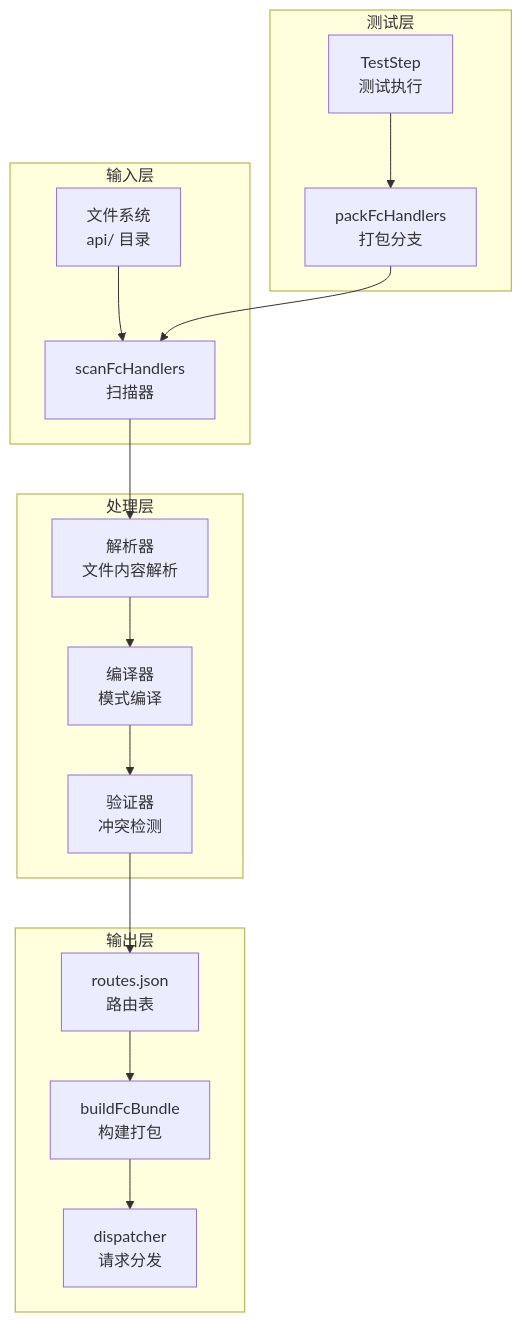
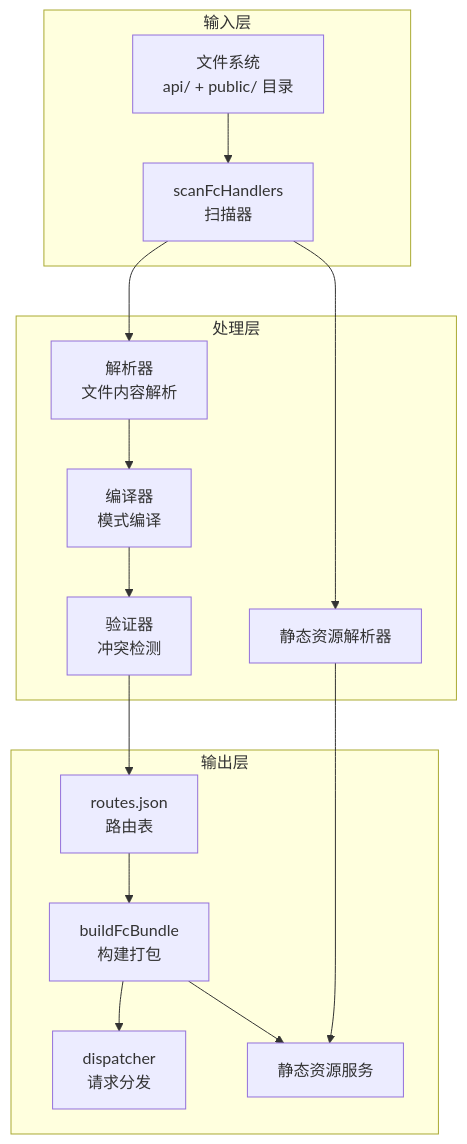
One commit to esa-sp/test-for-aone-ci changed the fourth of 15 diagrams in .qoder/repowiki/zh/content/后端框架测试/无服务器函数处理器测试.md. Above: the diagram before and after it, drawn with Mermaid. The commit also changed other lines of this file and 38 other files, not shown here.

````diff
--- a/.qoder/repowiki/zh/content/后端框架测试/无服务器函数处理器测试.md
+++ b/.qoder/repowiki/zh/content/后端框架测试/无服务器函数处理器测试.md
@@ -149,30 +178,29 @@
 ```mermaid
 graph TB
 subgraph "输入层"
-FS["文件系统<br/>api/ 目录"]
+FS["文件系统<br/>api/ + public/ 目录"]
 Scan["scanFcHandlers<br/>扫描器"]
 end
 subgraph "处理层"
 Parse["解析器<br/>文件内容解析"]
 Compile["编译器<br/>模式编译"]
 Validate["验证器<br/>冲突检测"]
+StaticParser["静态资源解析器"]
 end
 subgraph "输出层"
 Routes["routes.json<br/>路由表"]
 Build["buildFcBundle<br/>构建打包"]
 Dispatch["dispatcher<br/>请求分发"]
+StaticServe["静态资源服务"]
 end
 FS --> Scan
 Scan --> Parse
+Scan --> StaticParser
 Parse --> Compile
 Compile --> Validate
 Validate --> Routes
+StaticParser --> StaticServe
 Routes --> Build
 Build --> Dispatch
-subgraph "测试层"
-TestStep["TestStep<br/>测试执行"]
-Pack["packFcHandlers<br/>打包分支"]
-end
-TestStep --> Pack
-Pack --> Scan
+Build --> StaticServe
 ```
````
